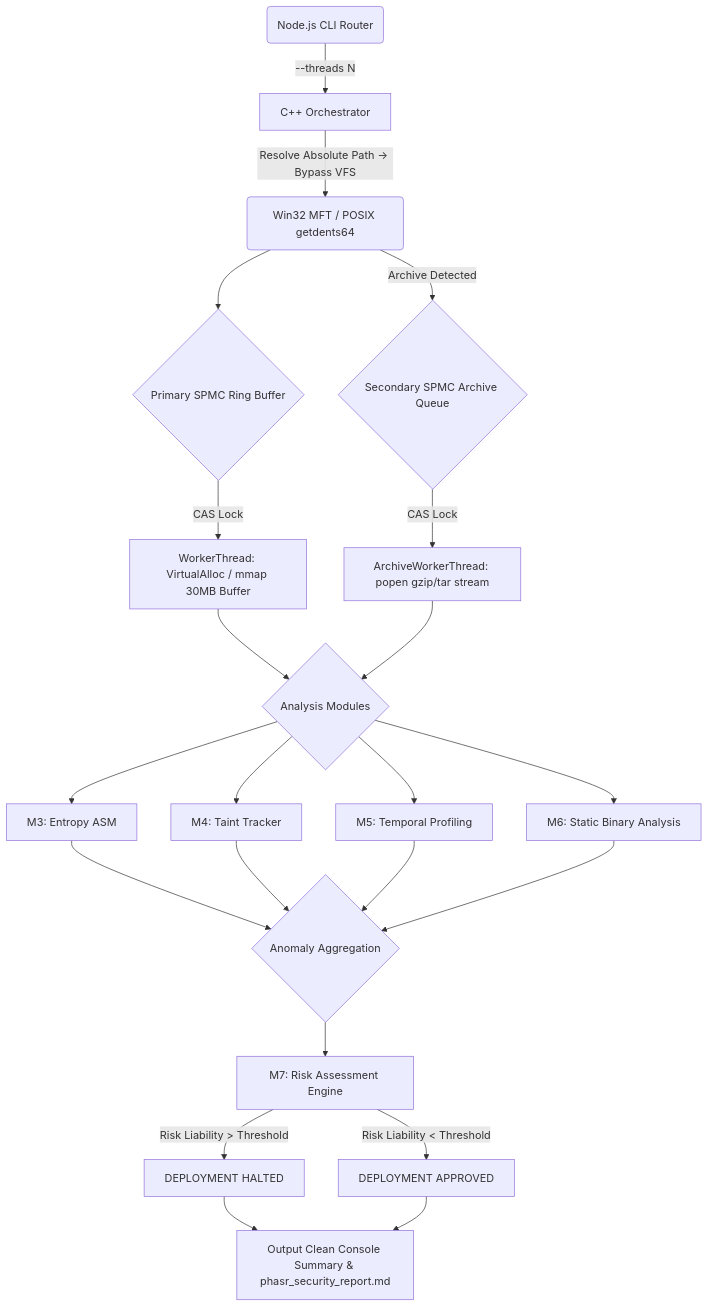
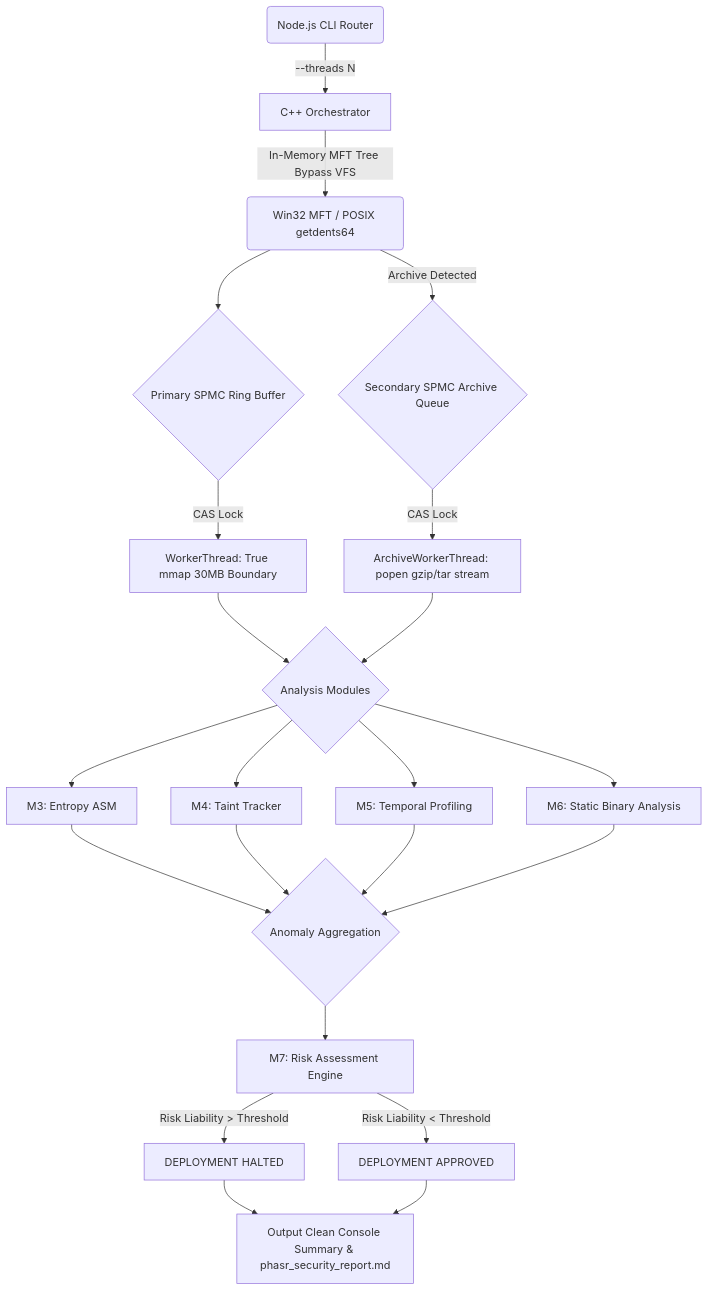
One commit to Zeo120/ZTL-Tech changed the diagram in docs/ARCHITECTURE.md. Above: the diagram before and after it, drawn with Mermaid. The commit also changed other lines of this file and 1747 other files, not shown here.

Commit message:
feat: Implement true Zero-Allocation MFT bypass, Memory Mapping, and Lock-Free aggregation

````diff
--- a/docs/ARCHITECTURE.md
+++ b/docs/ARCHITECTURE.md
@@ -37,29 +36,29 @@
 ```mermaid
 graph TD
     CLI(Node.js CLI Router) -->|--threads N| A
-    A[C++ Orchestrator] -->|Resolve Absolute Path -> Bypass VFS| B(Win32 MFT / POSIX getdents64)
+    A[C++ Orchestrator] -->|In-Memory MFT Tree Bypass VFS| B(Win32 MFT / POSIX getdents64)
     B --> C{Primary SPMC Ring Buffer}
-    C -->|CAS Lock| D[WorkerThread: VirtualAlloc / mmap 30MB Buffer]
+    C -->|CAS Lock| D[WorkerThread: True mmap 30MB Boundary]
     
     B -->|Archive Detected| C2{Secondary SPMC Archive Queue}
     C2 -->|CAS Lock| D2[ArchiveWorkerThread: popen gzip/tar stream]
     
     D --> E{Analysis Modules}
     D2 --> E
     
     E --> F[M3: Entropy ASM]
     E --> G[M4: Taint Tracker]
     E --> H[M5: Temporal Profiling]
     E --> I[M6: Static Binary Analysis]
     
     F --> J{Anomaly Aggregation}
     G --> J
     H --> J
     I --> J
     
     J --> K[M7: Risk Assessment Engine]
     K -->|Risk Liability > Threshold| L[DEPLOYMENT HALTED]
     K -->|Risk Liability < Threshold| M[DEPLOYMENT APPROVED]
     L --> N[Output Clean Console Summary & phasr_security_report.md]
     M --> N
 ```
````
